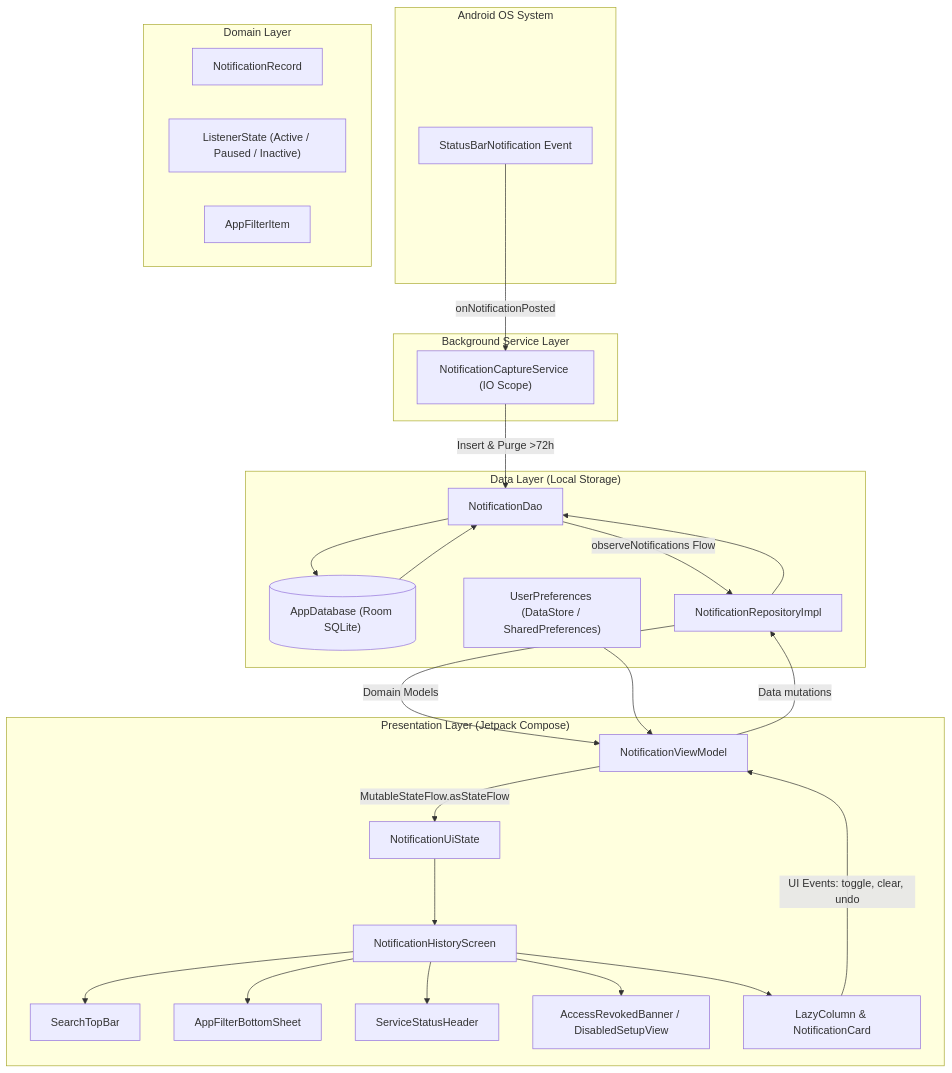
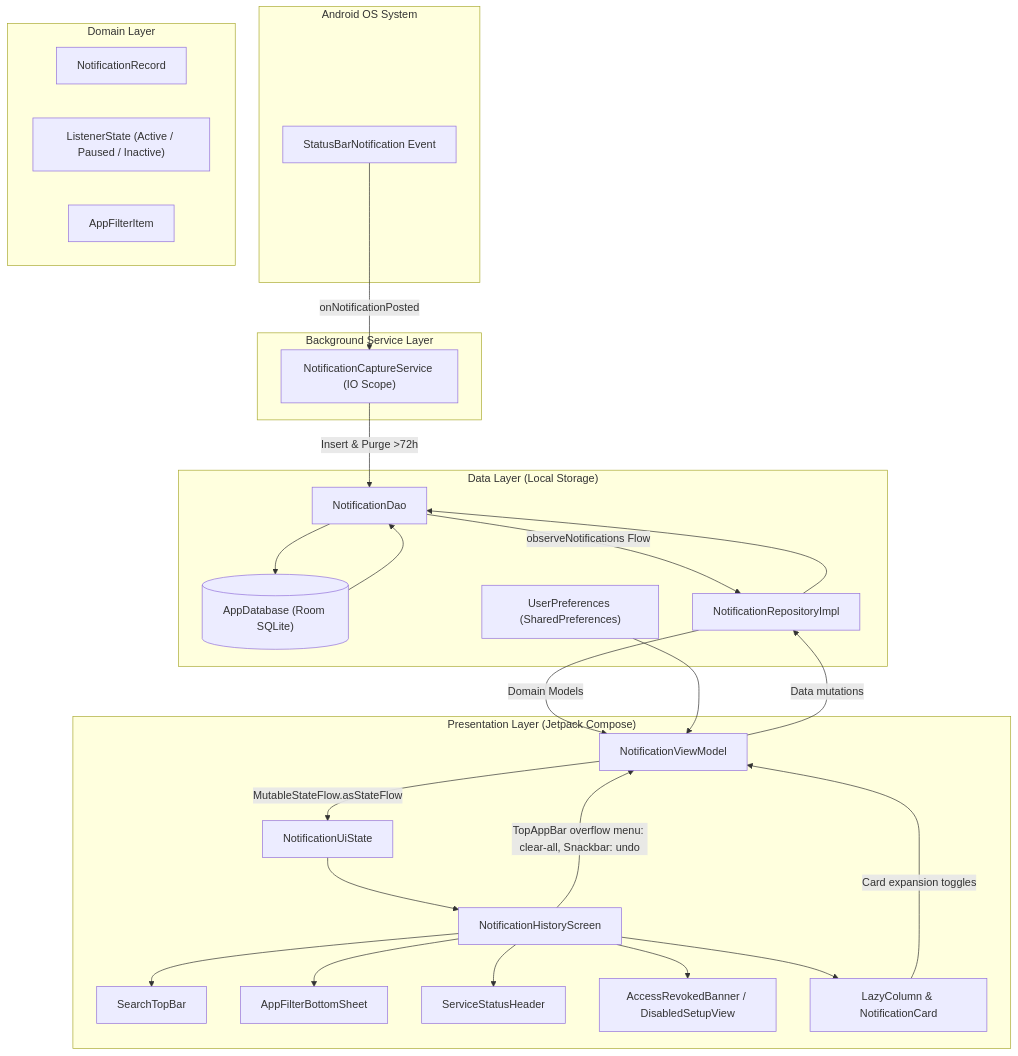
One commit to fblazt/recall changed the diagram in README.md. Above: the diagram before and after it, drawn with Mermaid. The commit also changed other lines of this file, not shown here.

````diff
--- a/README.md
+++ b/README.md
@@ -31,52 +31,53 @@
 ```mermaid
 flowchart TD
     subgraph System["Android OS System"]
         SBN["StatusBarNotification Event"]
     end
 
     subgraph Service["Background Service Layer"]
         NCS["NotificationCaptureService (IO Scope)"]
     end
 
     subgraph Data["Data Layer (Local Storage)"]
         DB[("AppDatabase (Room SQLite)")]
         DAO["NotificationDao"]
-        PREF["UserPreferences (DataStore / SharedPreferences)"]
+        PREF["UserPreferences (SharedPreferences)"]
         REPO["NotificationRepositoryImpl"]
     end
 
     subgraph Domain["Domain Layer"]
         RECORD["NotificationRecord"]
         STATE["ListenerState (Active / Paused / Inactive)"]
         APPFILTER["AppFilterItem"]
     end
 
     subgraph UI["Presentation Layer (Jetpack Compose)"]
         VM["NotificationViewModel"]
         UISTATE["NotificationUiState"]
         SCREEN["NotificationHistoryScreen"]
         SEARCHBAR["SearchTopBar"]
         BOTTOMSHEET["AppFilterBottomSheet"]
         HEADER["ServiceStatusHeader"]
         BANNER["AccessRevokedBanner / DisabledSetupView"]
         FEED["LazyColumn & NotificationCard"]
     end
 
     SBN -->|onNotificationPosted| NCS
     NCS -->|Insert & Purge >72h| DAO
     DAO --> DB
     DB --> DAO
     DAO -->|observeNotifications Flow| REPO
     REPO -->|Domain Models| VM
     PREF --> VM
     VM -->|MutableStateFlow.asStateFlow| UISTATE
     UISTATE --> SCREEN
     SCREEN --> SEARCHBAR
     SCREEN --> BOTTOMSHEET
     SCREEN --> HEADER
     SCREEN --> BANNER
     SCREEN --> FEED
-    FEED -->|UI Events: toggle, clear, undo| VM
+    SCREEN -->|TopAppBar overflow menu: clear-all, Snackbar: undo| VM
+    FEED -->|Card expansion toggles| VM
     VM -->|Data mutations| REPO
     REPO --> DAO
 ```
````
